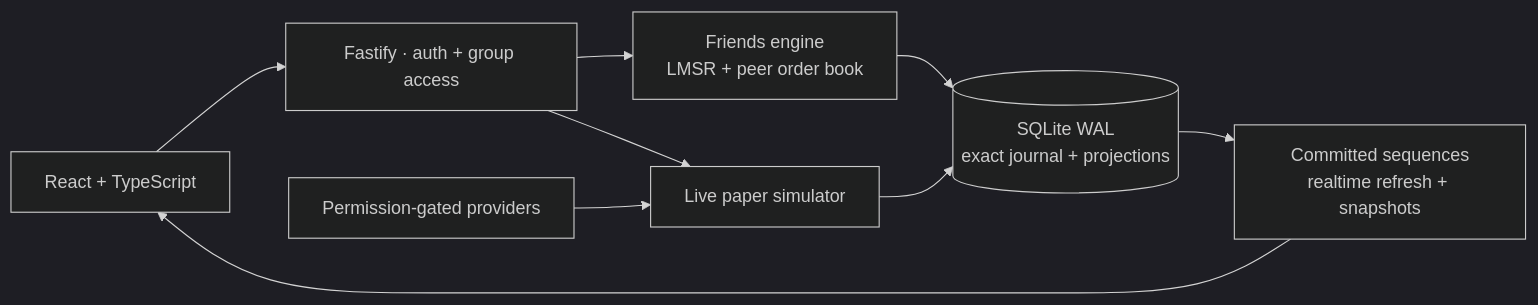
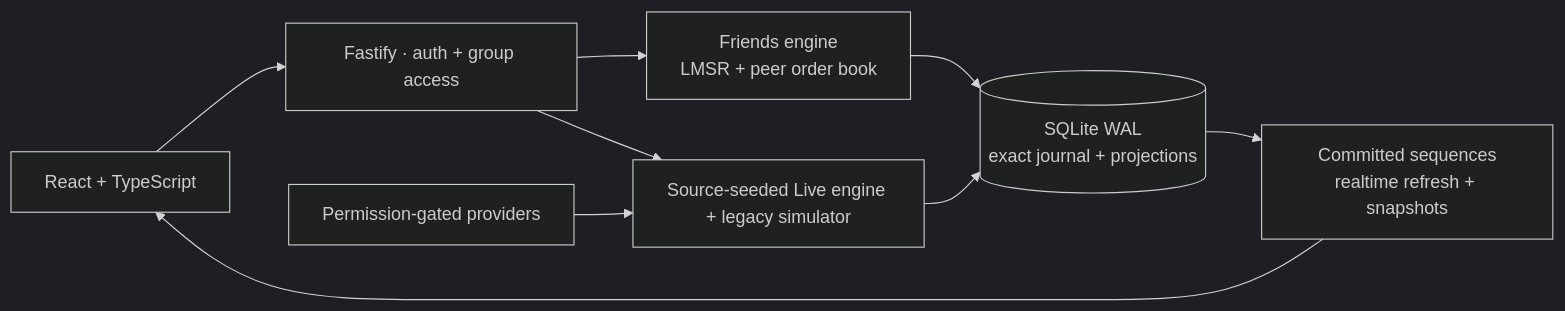
Before and after one commit to desenyon/OpenTrader: the diagram in README.md, drawn with Mermaid (dark theme). The commit also changed other lines of this file, not shown here.

````diff
--- a/README.md
+++ b/README.md
@@ -134,11 +136,11 @@
 ```mermaid
 flowchart LR
     UI[React + TypeScript] --> API[Fastify · auth + group access]
     API --> Friends["Friends engine<br/>LMSR + peer order book"]
-    API --> Live[Live paper simulator]
+    API --> Live[Source-seeded Live engine + legacy simulator]
     Sources[Permission-gated providers] --> Live
     Friends --> Ledger[("SQLite WAL<br/>exact journal + projections")]
     Live --> Ledger
     Ledger --> Updates["Committed sequences<br/>realtime refresh + snapshots"]
     Updates --> UI
 ```
````
